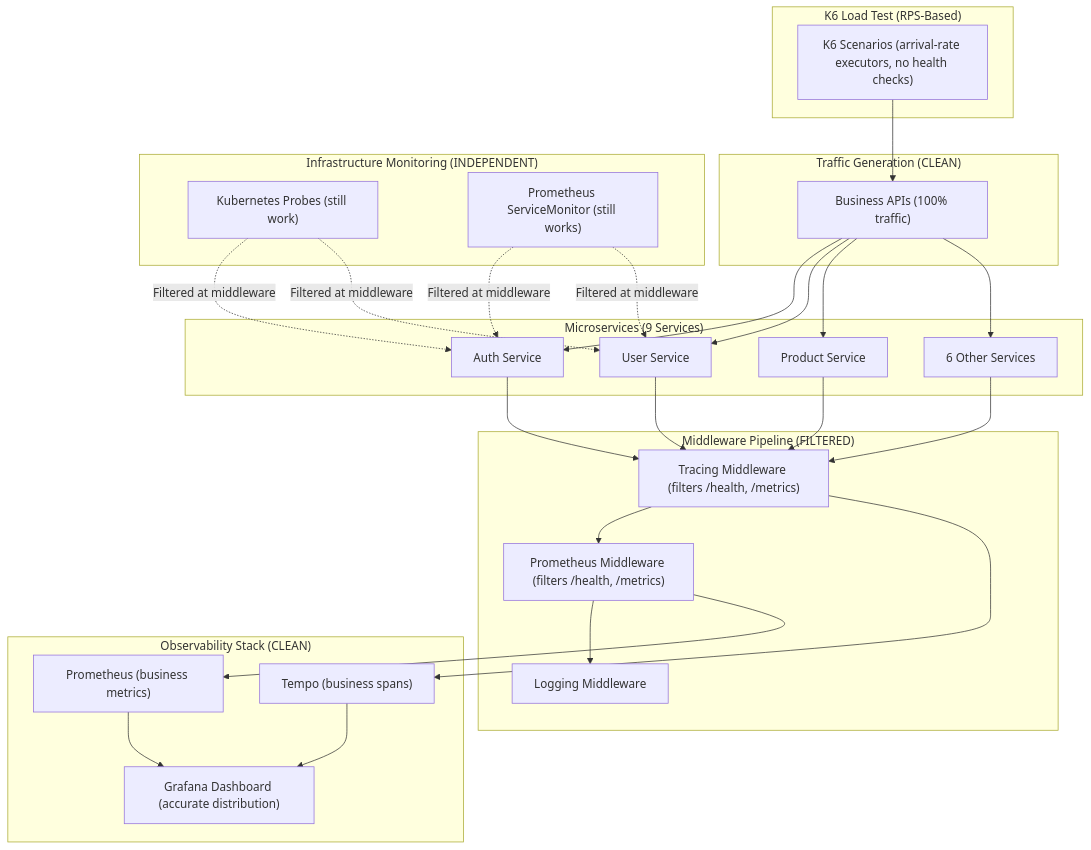
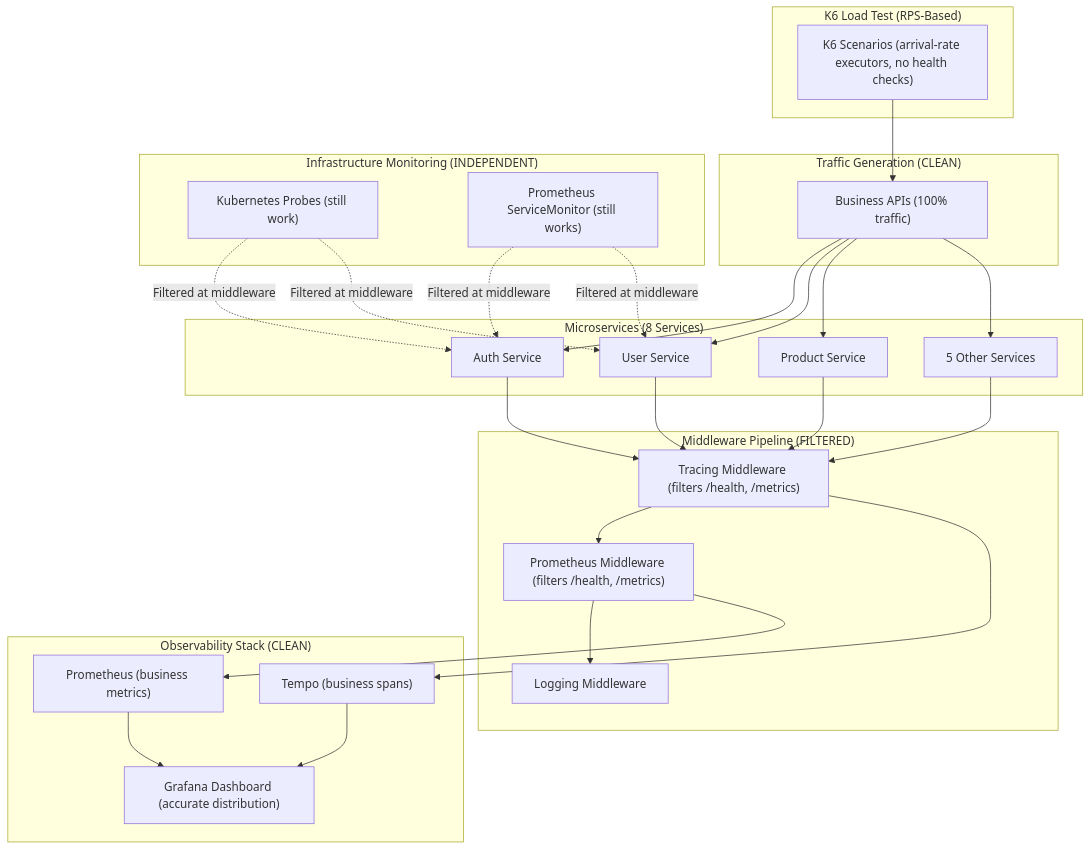
The diagram in docs/testing/k6.md (duynhlab/homelab), drawn with Mermaid before and after one commit. The commit also changed other lines of this file and 17 other files, not shown here.

````diff
--- a/docs/testing/k6.md
+++ b/docs/testing/k6.md
@@ -11,61 +11,61 @@
 ```mermaid
 flowchart TB
     subgraph "K6 Load Test (RPS-Based)"
         K6["K6 Scenarios (arrival-rate executors, no health checks)"]
     end
     
     subgraph "Traffic Generation (CLEAN)"
         Business["Business APIs (100% traffic)"]
     end
     
-    subgraph "Microservices (9 Services)"
+    subgraph "Microservices (8 Services)"
         Auth[Auth Service]
         User[User Service]
         Product[Product Service]
-        Others[6 Other Services]
+        Others[5 Other Services]
     end
     
     subgraph "Middleware Pipeline (FILTERED)"
         Tracing["Tracing Middleware (filters /health, /metrics)"]
         Prometheus["Prometheus Middleware (filters /health, /metrics)"]
         Logging[Logging Middleware]
     end
     
     subgraph "Observability Stack (CLEAN)"
         Tempo["Tempo (business spans)"]
         PromDB["Prometheus (business metrics)"]
         Grafana["Grafana Dashboard (accurate distribution)"]
     end
     
     subgraph "Infrastructure Monitoring (INDEPENDENT)"
         K8sProbes["Kubernetes Probes (still work)"]
         PromScraper["Prometheus ServiceMonitor (still works)"]
     end
     
     K6 --> Business
     
     Business --> Auth
     Business --> User
     Business --> Product
     Business --> Others
     
     Auth --> Tracing
     User --> Tracing
     Product --> Tracing
     Others --> Tracing
     
     Tracing --> Prometheus
     Prometheus --> Logging
     
     Prometheus --> PromDB
     Tracing --> Tempo
     
     PromDB --> Grafana
     Tempo --> Grafana
     
     K8sProbes -.->|Filtered at middleware| Auth
     K8sProbes -.->|Filtered at middleware| User
     PromScraper -.->|Filtered at middleware| Auth
     PromScraper -.->|Filtered at middleware| User
     
 ```
````
